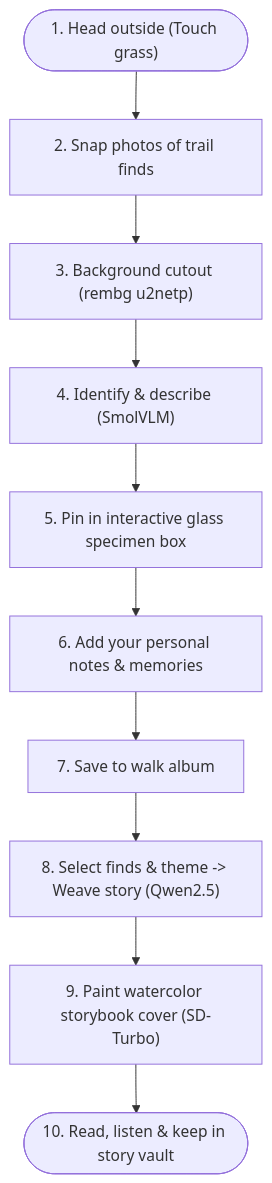
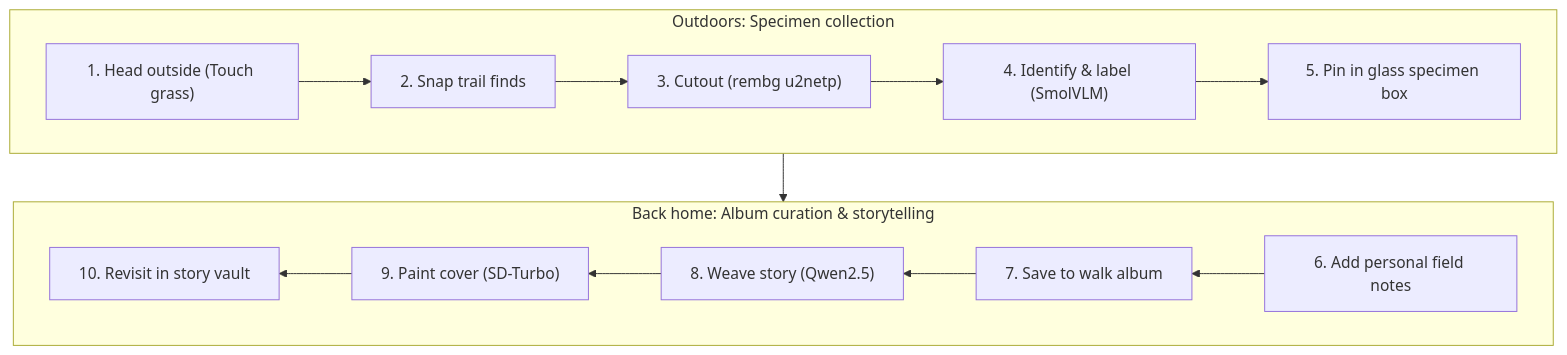
One commit to archangel2006/wayside changed the first of 2 diagrams in README.md. Above: the diagram before and after it, drawn with Mermaid. The commit also changed other lines of this file, not shown here.

Commit message:
update diagrams

````diff
--- a/README.md
+++ b/README.md
@@ -32,12 +32,20 @@
 ```mermaid
 flowchart TD
-    Walk(["1. Head outside (Touch grass)"]) --> Snap["2. Snap photos of trail finds"]
-    Snap --> Cutout["3. Background cutout (rembg u2netp)"]
-    Cutout --> Label["4. Identify & describe (SmolVLM)"]
-    Label --> Specimen["5. Pin in interactive glass specimen box"]
-    Specimen --> Notes["6. Add your personal notes & memories"]
-    Notes --> Archive["7. Save to walk album"]
-    Archive --> Story["8. Select finds & theme -> Weave story (Qwen2.5)"]
-    Story --> Cover["9. Paint watercolor storybook cover (SD-Turbo)"]
-    Cover --> Vault(["10. Read, listen & keep in story vault"])
+    subgraph Row1 ["Outdoors: Specimen collection"]
+        direction LR
+        A["1. Head outside (Touch grass)"] --> B["2. Snap trail finds"]
+        B --> C["3. Cutout (rembg u2netp)"]
+        C --> D["4. Identify & label (SmolVLM)"]
+        D --> E["5. Pin in glass specimen box"]
+    end
+
+    subgraph Row2 ["Back home: Album curation & storytelling"]
+        direction RL
+        F["6. Add personal field notes"] --> G["7. Save to walk album"]
+        G --> H["8. Weave story (Qwen2.5)"]
+        H --> I["9. Paint cover (SD-Turbo)"]
+        I --> J["10. Revisit in story vault"]
+    end
+
+    E --> F
 ```
````
